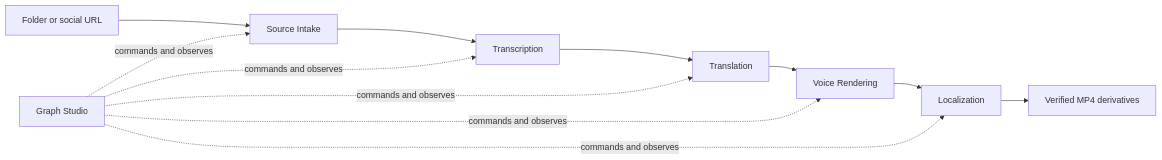
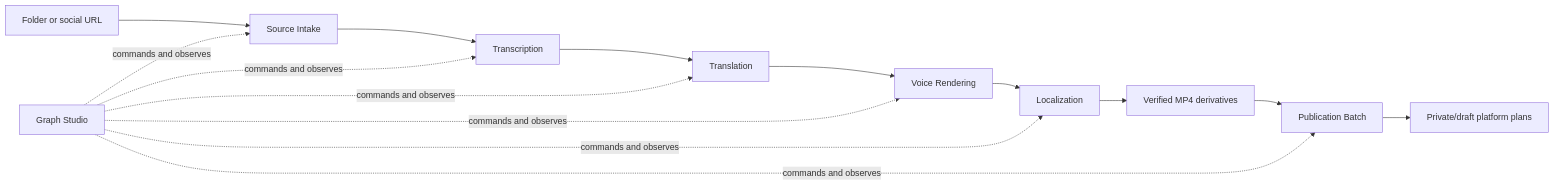
The diagram in apps/video-graph-studio/README.md (wohuishuo/cc-video-pipeline), drawn with Mermaid before and after one commit. The commit also changed other lines of this file and 42 other files, not shown here.

First line of the commit message:
feat: add publication batch planning graph (#24)

````diff
--- a/apps/video-graph-studio/README.md
+++ b/apps/video-graph-studio/README.md
@@ -81,14 +82,17 @@
 ```mermaid
 flowchart LR
     S["Folder or social URL"] --> I["Source Intake"]
     I --> T["Transcription"]
     T --> L["Translation"]
     L --> V["Voice Rendering"]
     V --> C["Localization"]
     C --> O["Verified MP4 derivatives"]
+    O --> B["Publication Batch"]
+    B --> P["Private/draft platform plans"]
     G["Graph Studio"] -. "commands and observes" .-> I
     G -. "commands and observes" .-> T
     G -. "commands and observes" .-> L
     G -. "commands and observes" .-> V
     G -. "commands and observes" .-> C
+    G -. "commands and observes" .-> B
 ```
````
